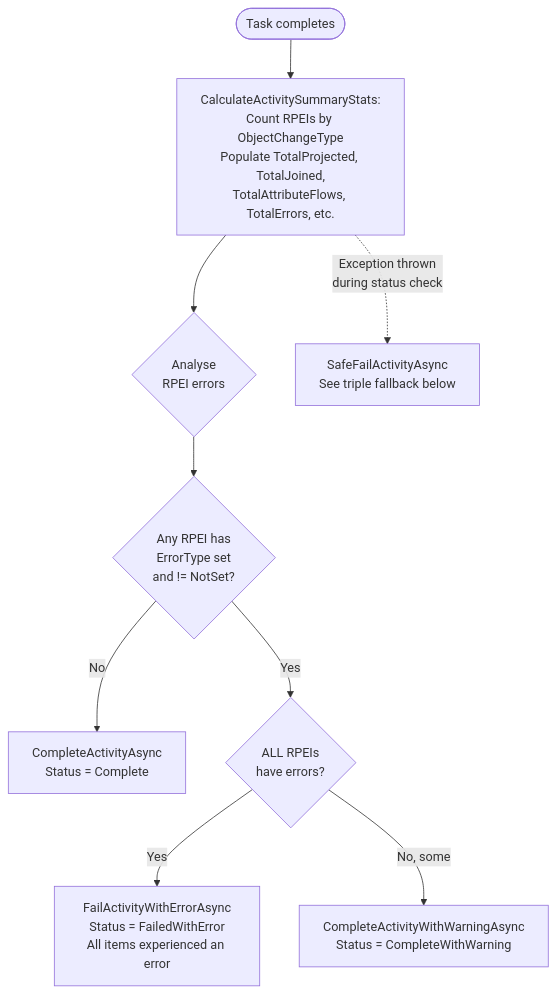
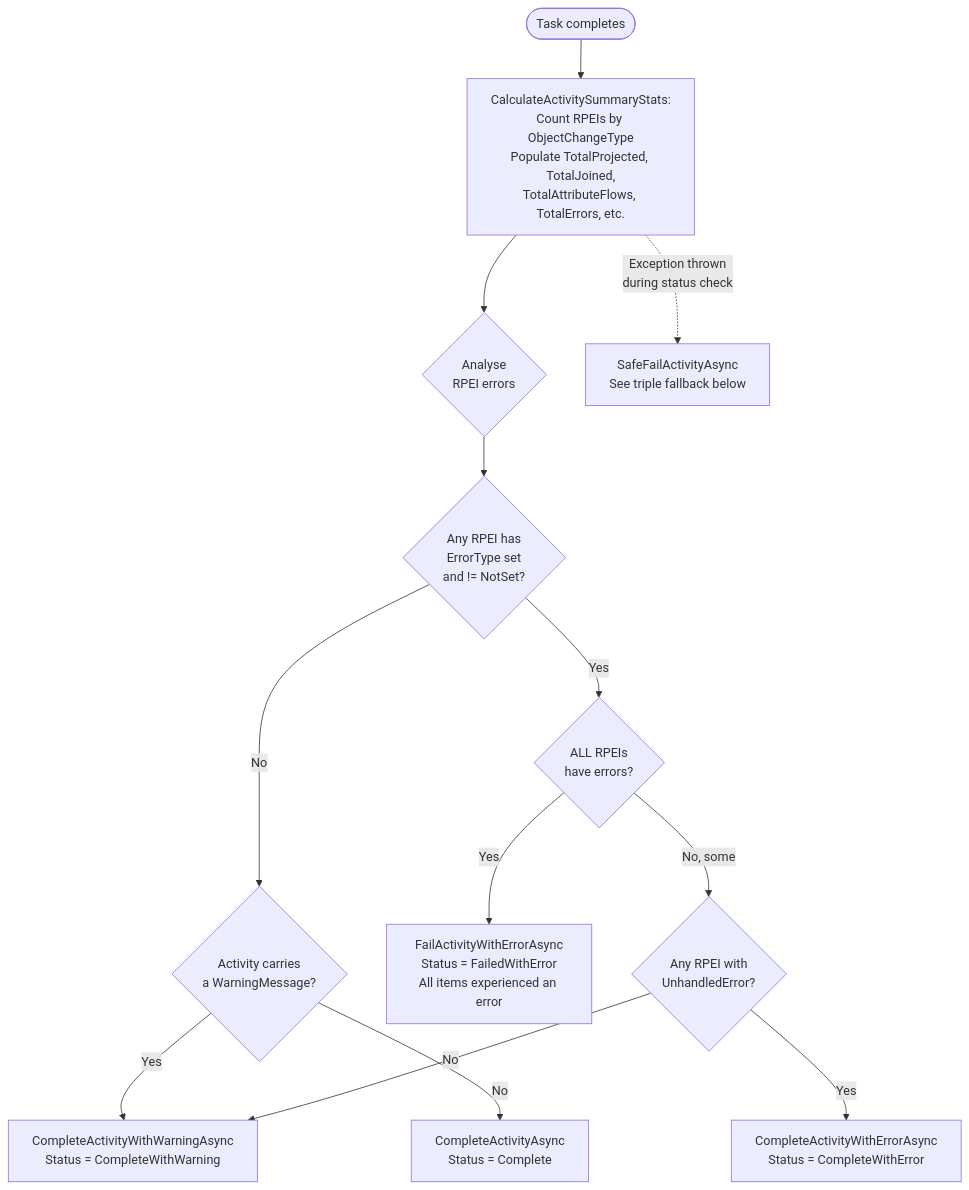
Before and after one commit to TetronIO/JIM: the fifth of 6 diagrams in docs/developer/diagrams/ACTIVITY_AND_RPEI_FLOW.md, drawn with Mermaid. The commit also changed other lines of this file and 49 other files, not shown here.

Commit message:
docs: update documentation, diagrams and changelog for v0.15.0 release

````diff
--- a/docs/developer/diagrams/ACTIVITY_AND_RPEI_FLOW.md
+++ b/docs/developer/diagrams/ACTIVITY_AND_RPEI_FLOW.md
@@ -139,15 +159,22 @@
 ```mermaid
 flowchart TD
     TaskDone([Task completes]) --> CalcStats[CalculateActivitySummaryStats:<br/>Count RPEIs by ObjectChangeType<br/>Populate TotalProjected, TotalJoined,<br/>TotalAttributeFlows, TotalErrors, etc.]
 
     CalcStats --> CheckErrors{Analyse<br/>RPEI errors}
 
     CheckErrors --> HasErrors{Any RPEI has<br/>ErrorType set<br/>and != NotSet?}
-    HasErrors -->|No| CompleteOk[CompleteActivityAsync<br/>Status = Complete]
+
+    HasErrors -->|No| HasWarning{Activity carries<br/>a WarningMessage?}
+    HasWarning -->|Yes| WarnActivity
+    HasWarning -->|No| CompleteOk
 
     HasErrors -->|Yes| AllErrors{ALL RPEIs<br/>have errors?}
     AllErrors -->|Yes| FailActivity[FailActivityWithErrorAsync<br/>Status = FailedWithError<br/>All items experienced an error]
-    AllErrors -->|No, some| WarnActivity[CompleteActivityWithWarningAsync<br/>Status = CompleteWithWarning]
+    AllErrors -->|No, some| Unhandled{Any RPEI with<br/>UnhandledError?}
+    Unhandled -->|Yes| ErrorActivity[CompleteActivityWithErrorAsync<br/>Status = CompleteWithError]
+    Unhandled -->|No| WarnActivity[CompleteActivityWithWarningAsync<br/>Status = CompleteWithWarning]
+
+    CompleteOk[CompleteActivityAsync<br/>Status = Complete]
 
     CalcStats -.->|Exception thrown<br/>during status check| SafeFail[SafeFailActivityAsync<br/>See triple fallback below]
 ```
````
